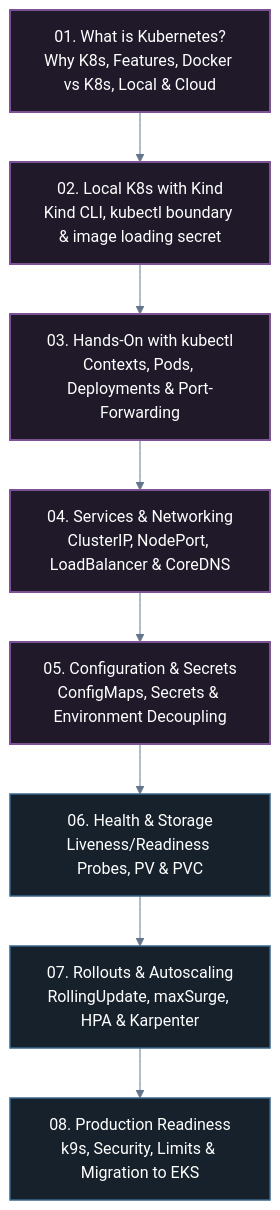
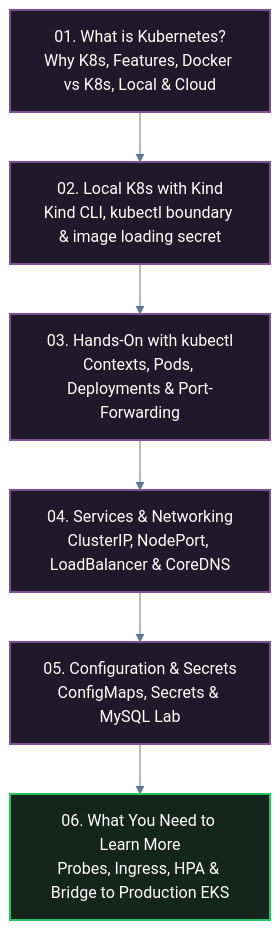
The diagram in 05-learn-k8s/README.md (heinhtetzan/k8s-in-production), drawn with Mermaid before and after one commit. The commit also changed other lines of this file and 2 other files, not shown here.

Commit message:
docs: add bridge transition guide for 06-try-production-eks

````diff
--- a/05-learn-k8s/README.md
+++ b/05-learn-k8s/README.md
@@ -13,30 +13,28 @@
 ```mermaid
 %%{init: {
   'theme': 'base',
   'themeVariables': {
     'darkMode': true,
     'background': '#0f172a',
     'primaryColor': '#1e293b',
     'primaryTextColor': '#e2e8f0',
     'primaryBorderColor': '#475569',
     'lineColor': '#64748b',
     'textColor': '#e2e8f0',
     'edgeLabelBackground': '#0f172a'
   },
   'themeCSS': '* { filter: none !important; box-shadow: none !important; } .node * { filter: none !important; } .cluster * { filter: none !important; }'
 }}%%
 flowchart TD
     L1["01. What is Kubernetes?<br/>Why K8s, Features, Docker vs K8s, Local & Cloud"] --> L2["02. Local K8s with Kind<br/>Kind CLI, kubectl boundary & image loading secret"]
     L2 --> L3["03. Hands-On with kubectl<br/>Contexts, Pods, Deployments & Port-Forwarding"]
     L3 --> L4["04. Services & Networking<br/>ClusterIP, NodePort, LoadBalancer & CoreDNS"]
-    L4 --> L5["05. Configuration & Secrets<br/>ConfigMaps, Secrets & Environment Decoupling"]
-    L5 --> L6["06. Health & Storage<br/>Liveness/Readiness Probes, PV & PVC"]
-    L6 --> L7["07. Rollouts & Autoscaling<br/>RollingUpdate, maxSurge, HPA & Karpenter"]
-    L7 --> L8["08. Production Readiness<br/>k9s, Security, Limits & Migration to EKS"]
+    L4 --> L5["05. Configuration & Secrets<br/>ConfigMaps, Secrets & MySQL Lab"]
+    L5 --> L6["06. What You Need to Learn More<br/>Probes, Ingress, HPA & Bridge to Production EKS"]
 
     classDef active fill:#1f1929,stroke:#7c5295,stroke-width:2px,color:#ffffff;
-    classDef planned fill:#17212b,stroke:#38668c,stroke-width:1.5px,color:#ffffff;
+    classDef capstone fill:#15241d,stroke:#22c55e,stroke-width:2px,color:#ffffff;
 
     class L1,L2,L3,L4,L5 active;
-    class L6,L7,L8 planned;
+    class L6 capstone;
 ```
````
